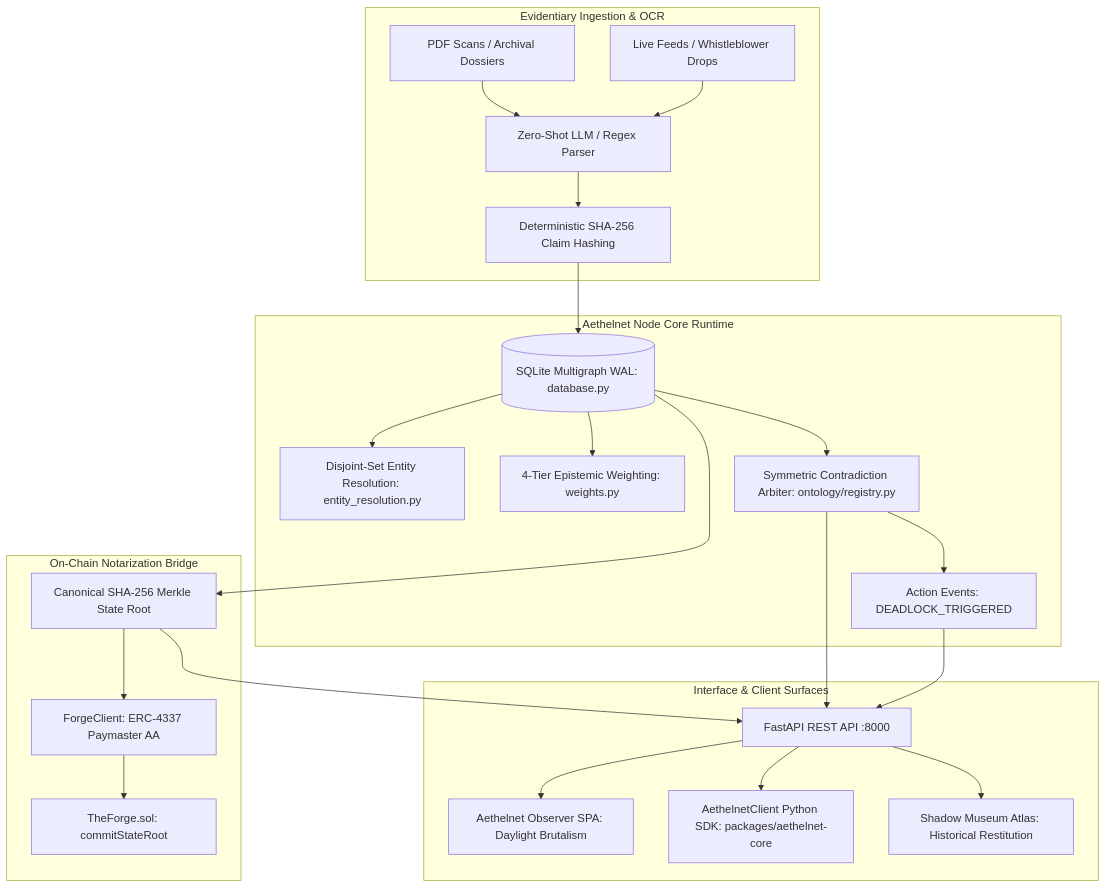
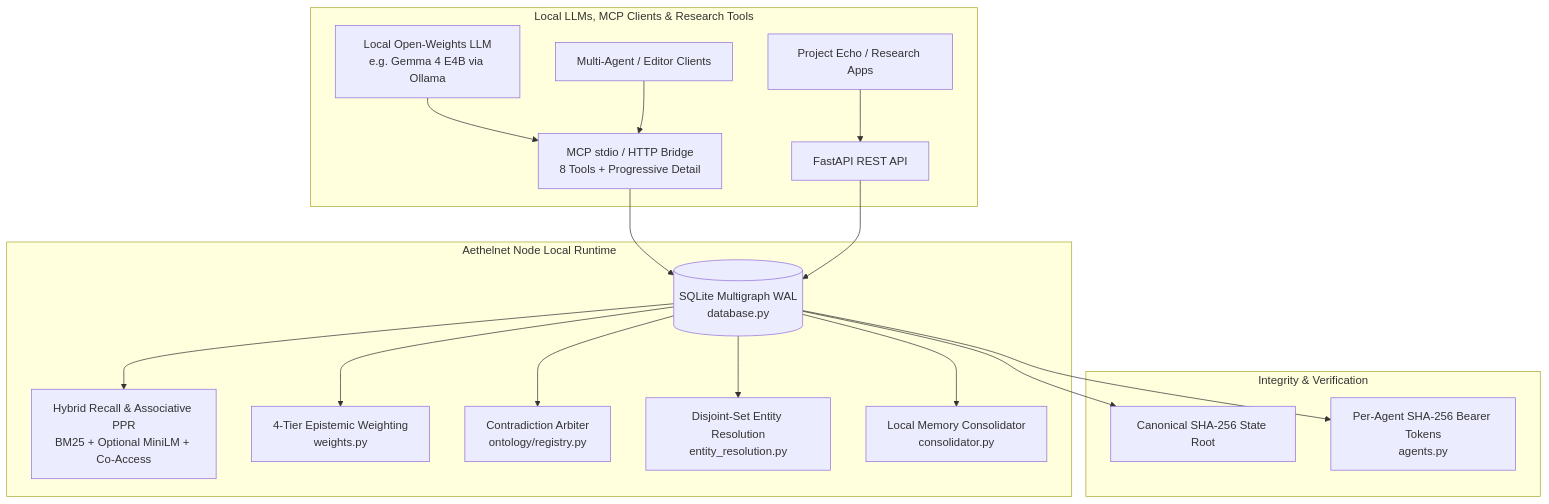
The diagram in README.md (aethelnet/aethelnet-node), drawn with Mermaid before and after one commit. The commit also changed other lines of this file, not shown here.

Commit message:
docs(readme): reflect local-first SQLite + 8 MCP tools, Gemma 4 local PoC & off-chain state root

````diff
--- a/README.md
+++ b/README.md
@@ -15,31 +27,23 @@
 ```mermaid
 flowchart TD
-    subgraph Ingestion [Evidentiary Ingestion & OCR]
-        Docs[PDF Scans / Archival Dossiers] --> Parser[Zero-Shot LLM / Regex Parser]
-        Feeds[Live Feeds / Whistleblower Drops] --> Parser
-        Parser --> IdempotentHash[Deterministic SHA-256 Claim Hashing]
+    subgraph Clients [Local LLMs, MCP Clients & Research Tools]
+        Ollama[Local Open-Weights LLM\ne.g. Gemma 4 E4B via Ollama] --> MCP[MCP stdio / HTTP Bridge\n8 Tools + Progressive Detail]
+        Agents[Multi-Agent / Editor Clients] --> MCP
+        Echo[Project Echo / Research Apps] --> REST[FastAPI REST API]
     end
 
-    subgraph LedgerCore [Aethelnet Node Core Runtime]
-        IdempotentHash --> SQLiteWAL[(SQLite Multigraph WAL: database.py)]
-        SQLiteWAL --> Dedup[Disjoint-Set Entity Resolution: entity_resolution.py]
-        SQLiteWAL --> Weights[4-Tier Epistemic Weighting: weights.py]
-        SQLiteWAL --> Dissonance[Symmetric Contradiction Arbiter: ontology/registry.py]
-        Dissonance --> ActionEvents[Action Events: DEADLOCK_TRIGGERED]
+    subgraph LedgerCore [Aethelnet Node Local Runtime]
+        MCP --> SQLiteWAL[(SQLite Multigraph WAL\ndatabase.py)]
+        REST --> SQLiteWAL
+        SQLiteWAL --> Recall[Hybrid Recall & Associative PPR\nBM25 + Optional MiniLM + Co-Access]
+        SQLiteWAL --> Weights[4-Tier Epistemic Weighting\nweights.py]
+        SQLiteWAL --> Dissonance[Contradiction Arbiter\nontology/registry.py]
+        SQLiteWAL --> Dedup[Disjoint-Set Entity Resolution\nentity_resolution.py]
+        SQLiteWAL --> Consolidator[Local Memory Consolidator\nconsolidator.py]
     end
 
-    subgraph Notarization [On-Chain Notarization Bridge]
-        SQLiteWAL --> StateRoot[Canonical SHA-256 Merkle State Root]
-        StateRoot --> ForgeClient[ForgeClient: ERC-4337 Paymaster AA]
-        ForgeClient --> SmartContract[TheForge.sol: commitStateRoot]
-    end
-
-    subgraph Consumers [Interface & Client Surfaces]
-        Dissonance --> REST[FastAPI REST API :8000]
-        ActionEvents --> REST
-        StateRoot --> REST
-        REST --> Observer[Aethelnet Observer SPA: Daylight Brutalism]
-        REST --> PythonSDK[AethelnetClient Python SDK: packages/aethelnet-core]
-        REST --> Atlas[Shadow Museum Atlas: Historical Restitution]
+    subgraph Audit [Integrity & Verification]
+        SQLiteWAL --> StateRoot[Canonical SHA-256 State Root]
+        SQLiteWAL --> AgentAuth[Per-Agent SHA-256 Bearer Tokens\nagents.py]
     end
 ```
````
